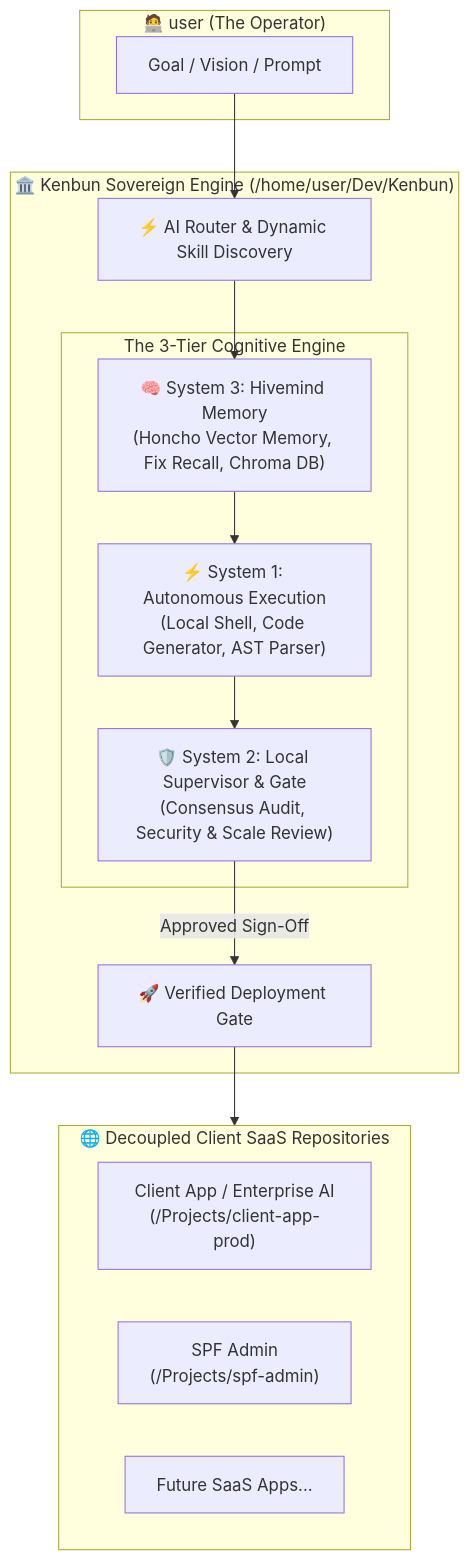
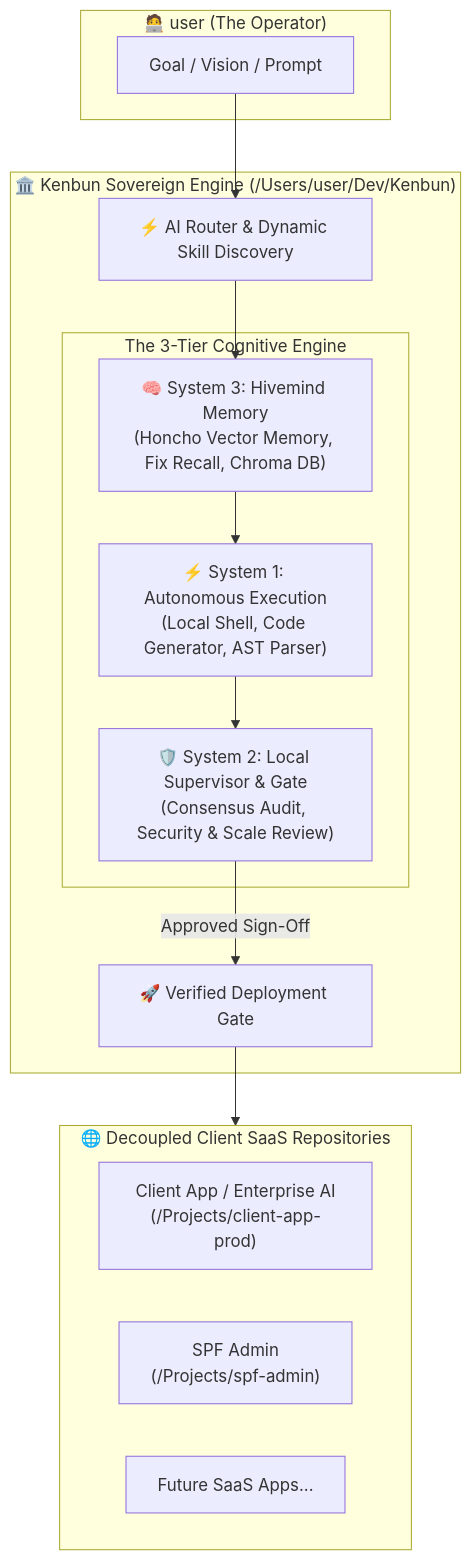
The first of 2 diagrams in docs/KENBUN_OPERATOR_MASTERY_GUIDE.md (Clos01/Kenbun-Orchestrator), drawn with Mermaid before and after one commit. The commit also changed other lines of this file and 43 other files, not shown here.

````diff
--- a/docs/KENBUN_OPERATOR_MASTERY_GUIDE.md
+++ b/docs/KENBUN_OPERATOR_MASTERY_GUIDE.md
@@ -10,30 +10,30 @@
 ```mermaid
 graph TD
     subgraph user["🧑‍💻 user (The Operator)"]
         Directive["Goal / Vision / Prompt"]
     end
 
-    subgraph KenbunCore["🏛️ Kenbun Sovereign Engine (/home/user/Dev/Kenbun)"]
+    subgraph KenbunCore["🏛️ Kenbun Sovereign Engine (/Users/user/Dev/Kenbun)"]
         Router["⚡ AI Router & Dynamic Skill Discovery"]
         
         subgraph ThreeSystems["The 3-Tier Cognitive Engine"]
             S1["⚡ System 1: Autonomous Execution<br>(Local Shell, Code Generator, AST Parser)"]
             S2["🛡️ System 2: Local Supervisor & Gate<br>(Consensus Audit, Security & Scale Review)"]
             S3["🧠 System 3: Hivemind Memory<br>(Honcho Vector Memory, Fix Recall, Chroma DB)"]
         end
         
         Router --> S3
         S3 --> S1
         S1 --> S2
         S2 -->|Approved Sign-Off| DeployGate["🚀 Verified Deployment Gate"]
     end
 
     subgraph ClientProjects["🌐 Decoupled Client SaaS Repositories"]
-        ClientProject["Client App / Enterprise AI<br>(/Projects/client-app-prod)"]
+        ClientApp["Client App / Enterprise AI<br>(/Projects/client-app-prod)"]
         SPFAdmin["SPF Admin<br>(/Projects/spf-admin)"]
         FutureSaaS["Future SaaS Apps..."]
     end
 
     Directive --> Router
     DeployGate --> ClientProjects
 ```
````
